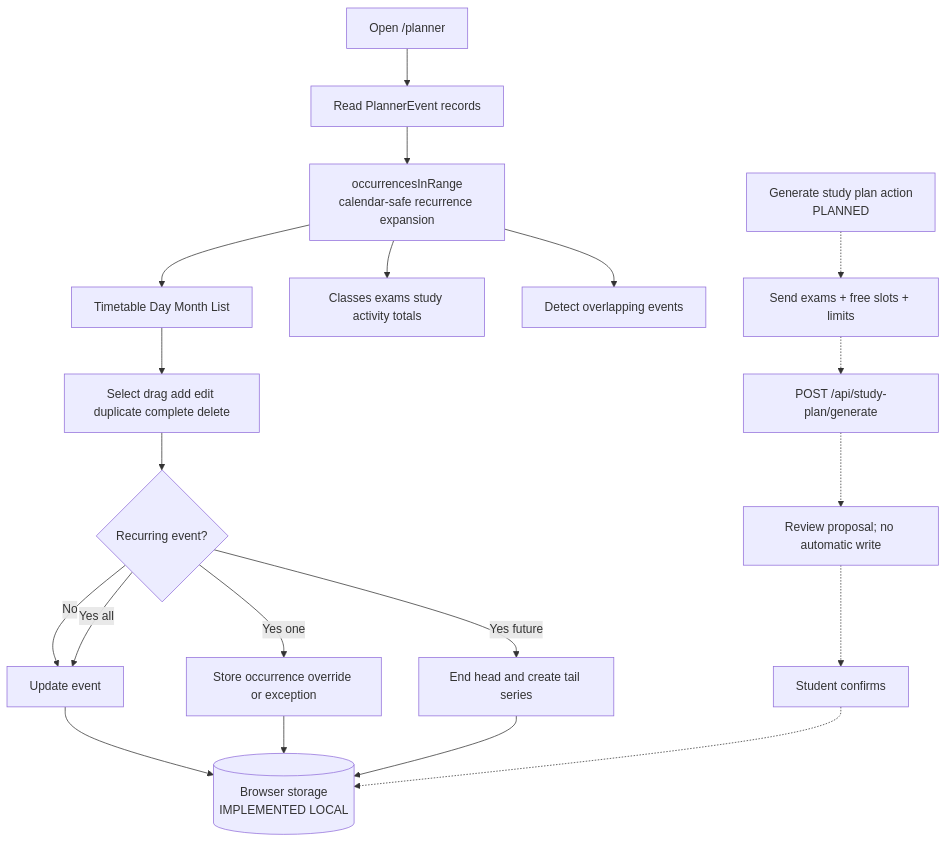
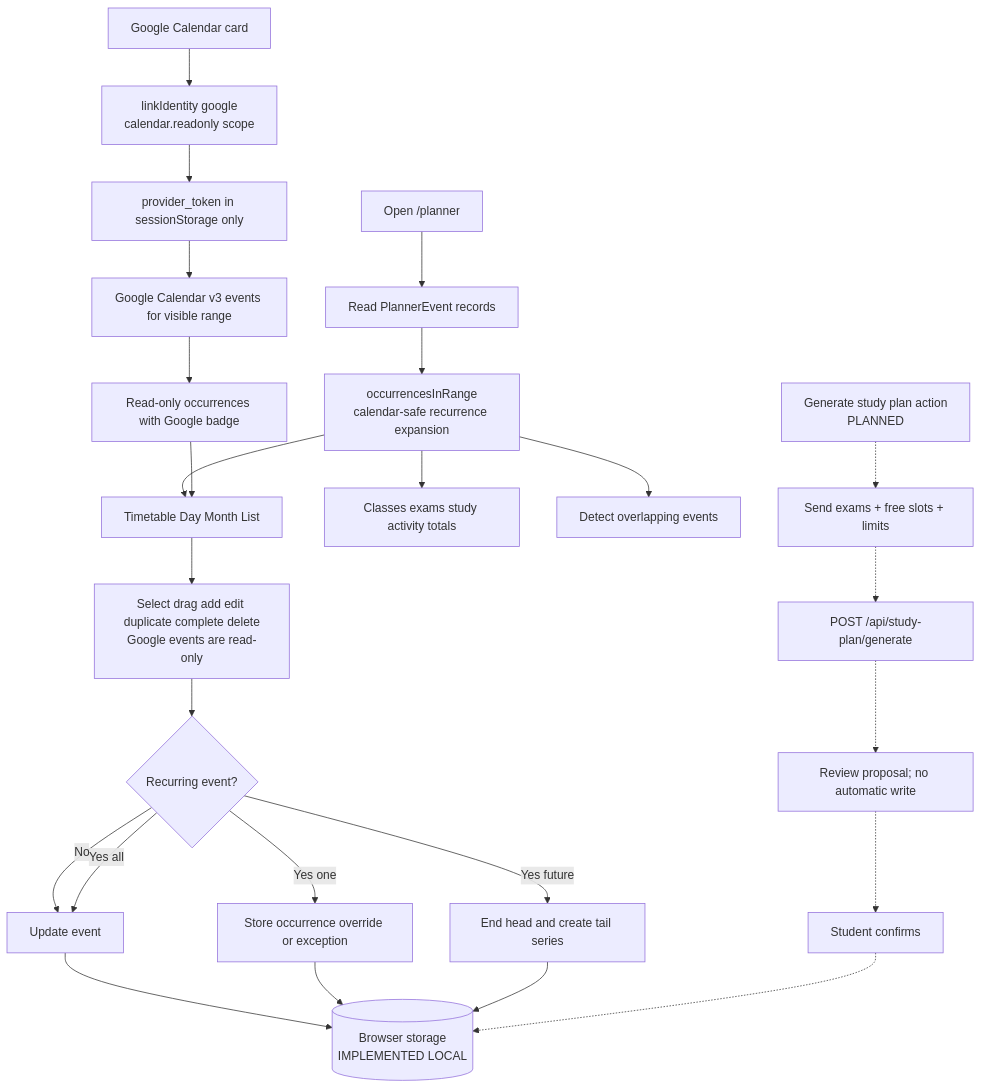
Before and after one commit to keyshavmor/study-swiss-star: the diagram in docs/wireframes/10-planner.mmd, drawn with Mermaid. The commit also changed 3 other files, not shown here.

```diff
--- a/docs/wireframes/10-planner.mmd
+++ b/docs/wireframes/10-planner.mmd
@@ -1,20 +1,25 @@
 flowchart TD
   Open[Open /planner] --> Events[Read PlannerEvent records]
   Events --> Expand[occurrencesInRange\ncalendar-safe recurrence expansion]
   Expand --> Views[Timetable Day Month List]
   Expand --> Totals[Classes exams study activity totals]
   Expand --> Conflict[Detect overlapping events]
-  Views --> Interact[Select drag add edit duplicate complete delete]
+  Google[Google Calendar card] --> Link[linkIdentity google\ncalendar.readonly scope]
+  Link --> Token[provider_token in sessionStorage only]
+  Token --> Fetch[Google Calendar v3 events for visible range]
+  Fetch --> Merge[Read-only occurrences with Google badge]
+  Merge --> Views
+  Views --> Interact[Select drag add edit duplicate complete delete\nGoogle events are read-only]
   Interact --> Scope{Recurring event?}
   Scope -->|No| Series[Update event]
   Scope -->|Yes one| Override[Store occurrence override or exception]
   Scope -->|Yes future| Split[End head and create tail series]
   Scope -->|Yes all| Series
   Series --> Store[(Browser storage\nIMPLEMENTED LOCAL)]
   Override --> Store
   Split --> Store
   Generate[Generate study plan action\nPLANNED] -.-> Context[Send exams + free slots + limits]
   Context -.-> Python[POST /api/study-plan/generate]
   Python -.-> Review[Review proposal; no automatic write]
   Review -.-> Confirm[Student confirms]
   Confirm -.-> Store
```
